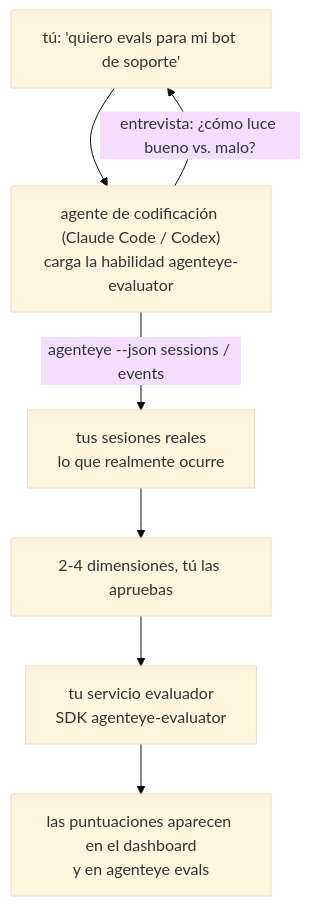
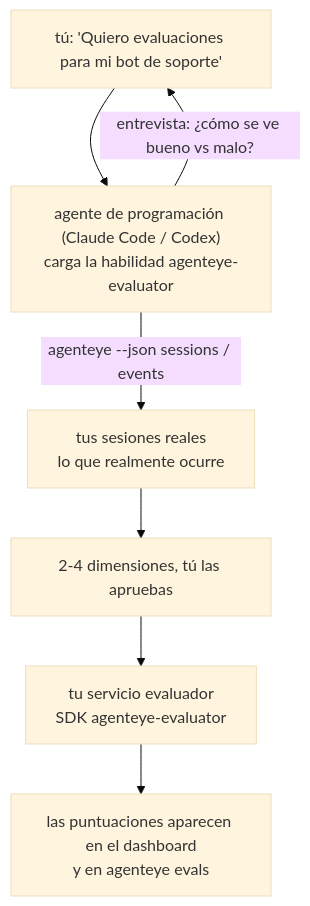
One commit to FailproofAI/failproofai changed the diagram in docs/es/agenteye/evaluator-skill.mdx. Above: the diagram before and after it, drawn with Mermaid (base theme). The commit also changed other lines of this file and 649 other files, not shown here.

````diff
--- a/docs/es/agenteye/evaluator-skill.mdx
+++ b/docs/es/agenteye/evaluator-skill.mdx
@@ -21,9 +21,9 @@
 ```mermaid
 flowchart TD
-    YOU["tú: 'quiero evals para mi bot de soporte'"] --> AGENT["agente de codificación (Claude Code / Codex)<br/>carga la habilidad agenteye-evaluator"]
-    AGENT -->|"entrevista: ¿cómo luce bueno vs. malo?"| YOU
+    YOU["tú: 'Quiero evaluaciones para mi bot de soporte'"] --> AGENT["agente de programación (Claude Code / Codex)<br/>carga la habilidad agenteye-evaluator"]
+    AGENT -->|"entrevista: ¿cómo se ve bueno vs malo?"| YOU
     AGENT -->|"agenteye --json sessions / events"| DATA["tus sesiones reales<br/>lo que realmente ocurre"]
     DATA --> DIMS["2-4 dimensiones, tú las apruebas"]
     DIMS --> SVC["tu servicio evaluador<br/>SDK agenteye-evaluator"]
     SVC --> SCORES["las puntuaciones aparecen en el dashboard<br/>y en agenteye evals"]
 ```
````
